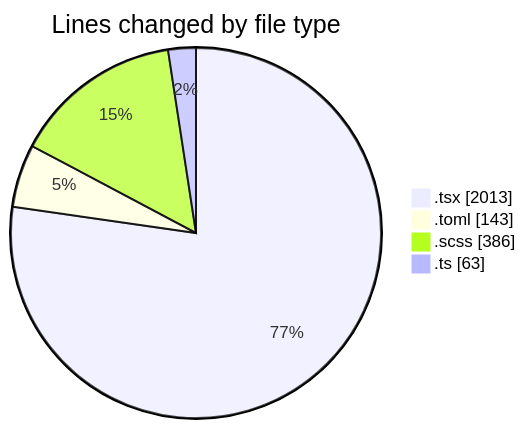
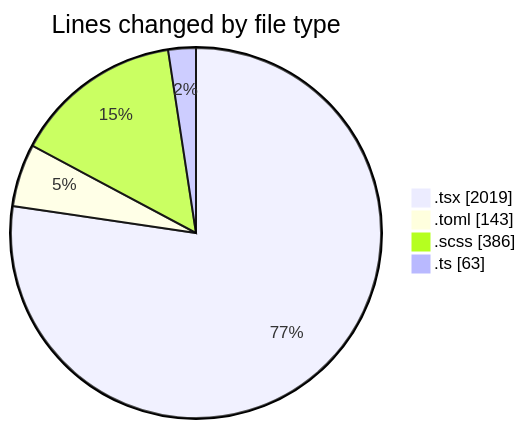
The first of 2 diagrams in 2026-11-02/cda/README.md (momahboobian/code-tracking), drawn with Mermaid before and after one commit. The commit also changed other lines of this file and 1 other file, not shown here.

````diff
--- a/2026-11-02/cda/README.md
+++ b/2026-11-02/cda/README.md
@@ -33,8 +33,8 @@
 ```mermaid
 pie showData
 title Lines changed by file type
-".tsx" : 2013
+".tsx" : 2019
 ".toml" : 143
 ".scss" : 386
 ".ts" : 63
 ```
````
